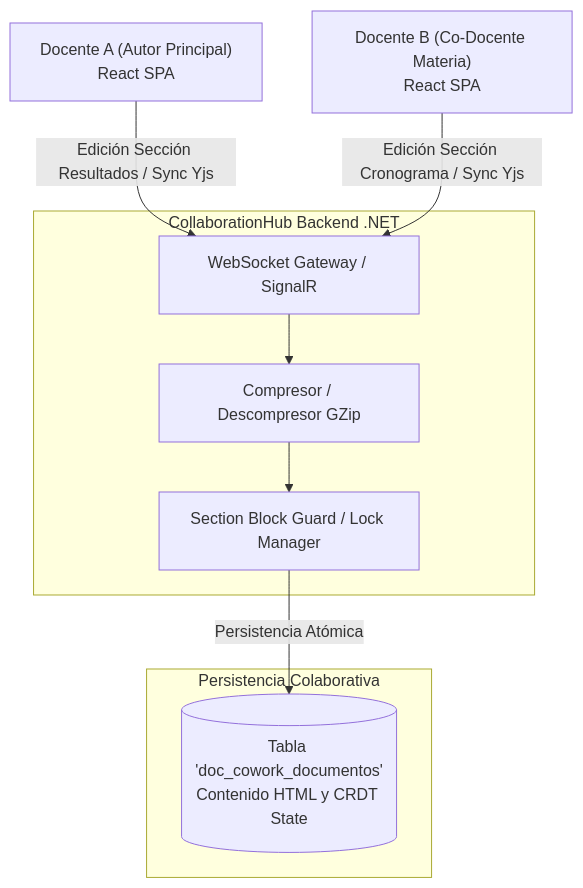
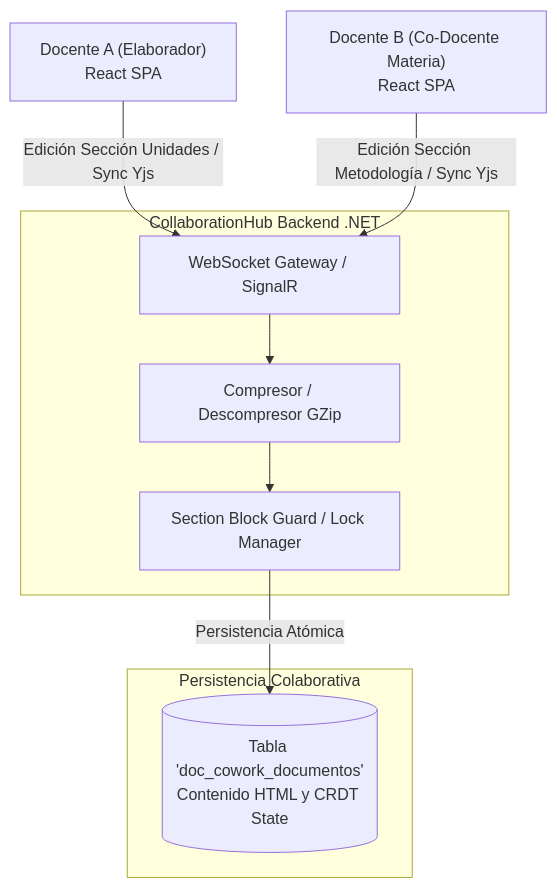
One commit to JorgeDoicela/dosier changed the fifth of 5 diagrams in docs/documentacion/01-arquitectura/02-micro-arquitecturas-patrones.md. Above: the diagram before and after it, drawn with Mermaid. The commit also changed other lines of this file and 34 other files, not shown here.

````diff
--- a/docs/documentacion/01-arquitectura/02-micro-arquitecturas-patrones.md
+++ b/docs/documentacion/01-arquitectura/02-micro-arquitecturas-patrones.md
@@ -145,22 +140,22 @@
 ```mermaid
 graph TD
-    UserA["Docente A (Autor Principal)\nReact SPA"]
+    UserA["Docente A (Elaborador)\nReact SPA"]
     UserB["Docente B (Co-Docente Materia)\nReact SPA"]
 
     subgraph SignalRHub [CollaborationHub Backend .NET]
         WsGateway["WebSocket Gateway / SignalR"]
         GZipFilter["Compresor / Descompresor GZip"]
         LockManager["Section Block Guard / Lock Manager"]
     end
 
     subgraph PersistenciaCoWork [Persistencia Colaborativa]
         DocCoworkDB[("Tabla 'doc_cowork_documentos'\nContenido HTML y CRDT State")]
     end
 
-    UserA -->|Edición Sección Resultados / Sync Yjs| WsGateway
-    UserB -->|Edición Sección Cronograma / Sync Yjs| WsGateway
+    UserA -->|Edición Sección Unidades / Sync Yjs| WsGateway
+    UserB -->|Edición Sección Metodología / Sync Yjs| WsGateway
 
     WsGateway --> GZipFilter
     GZipFilter --> LockManager
     LockManager -->|Persistencia Atómica| DocCoworkDB
 ```
````
